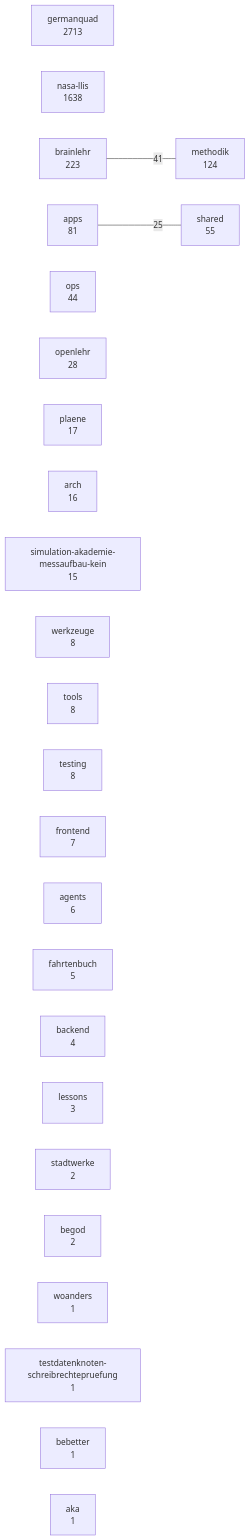
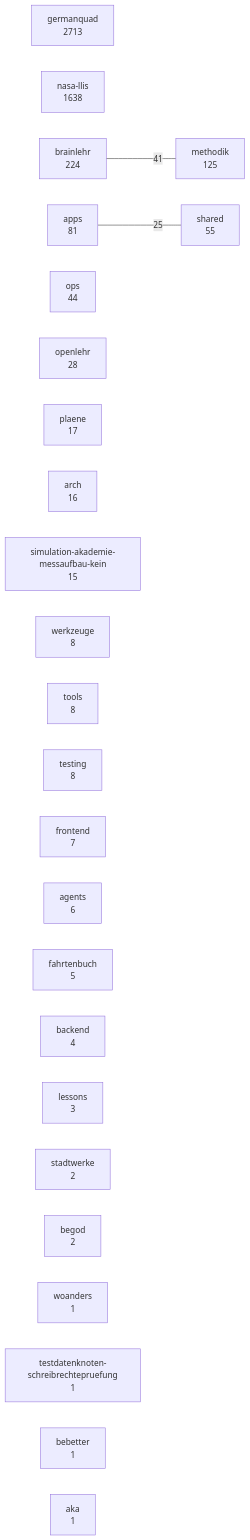
Before and after one commit to 3lehr/brainlehr: the diagram in docs/karten/bestand.md, drawn with Mermaid. The commit also changed 4 other files, not shown here.

````diff
--- a/docs/karten/bestand.md
+++ b/docs/karten/bestand.md
@@ -5,30 +5,30 @@
 ```mermaid
 graph LR
   germanquad["germanquad<br/>2713"]
   nasa_llis["nasa-llis<br/>1638"]
-  brainlehr["brainlehr<br/>223"]
-  methodik["methodik<br/>124"]
+  brainlehr["brainlehr<br/>224"]
+  methodik["methodik<br/>125"]
   apps["apps<br/>81"]
   shared["shared<br/>55"]
   ops["ops<br/>44"]
   openlehr["openlehr<br/>28"]
   plaene["plaene<br/>17"]
   arch["arch<br/>16"]
   simulation_akademie_messaufbau_kein["simulation-akademie-messaufbau-kein<br/>15"]
   werkzeuge["werkzeuge<br/>8"]
   tools["tools<br/>8"]
   testing["testing<br/>8"]
   frontend["frontend<br/>7"]
   agents["agents<br/>6"]
   fahrtenbuch["fahrtenbuch<br/>5"]
   backend["backend<br/>4"]
   lessons["lessons<br/>3"]
   stadtwerke["stadtwerke<br/>2"]
   begod["begod<br/>2"]
   woanders["woanders<br/>1"]
   testdatenknoten_schreibrechtepruefung["testdatenknoten-schreibrechtepruefung<br/>1"]
   bebetter["bebetter<br/>1"]
   aka["aka<br/>1"]
   brainlehr ---|41| methodik
   apps ---|25| shared
 ```
````
